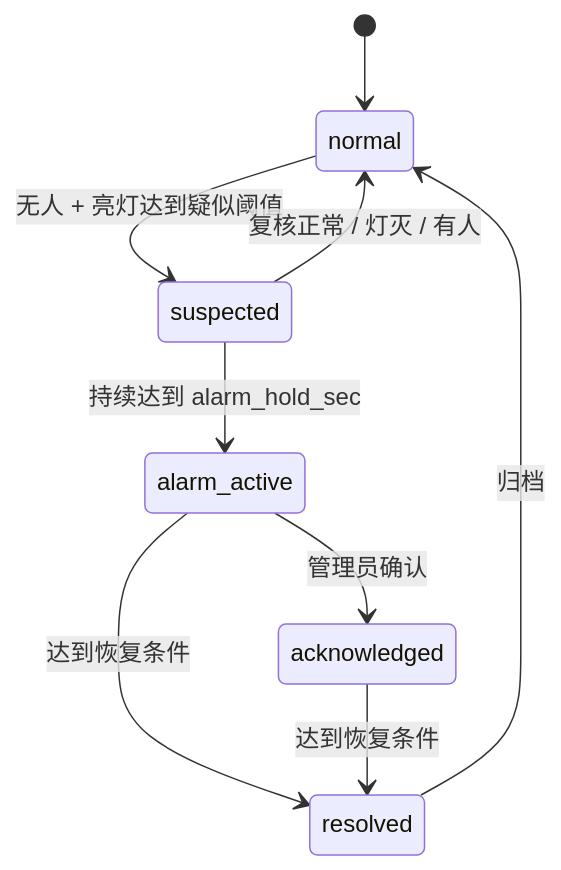
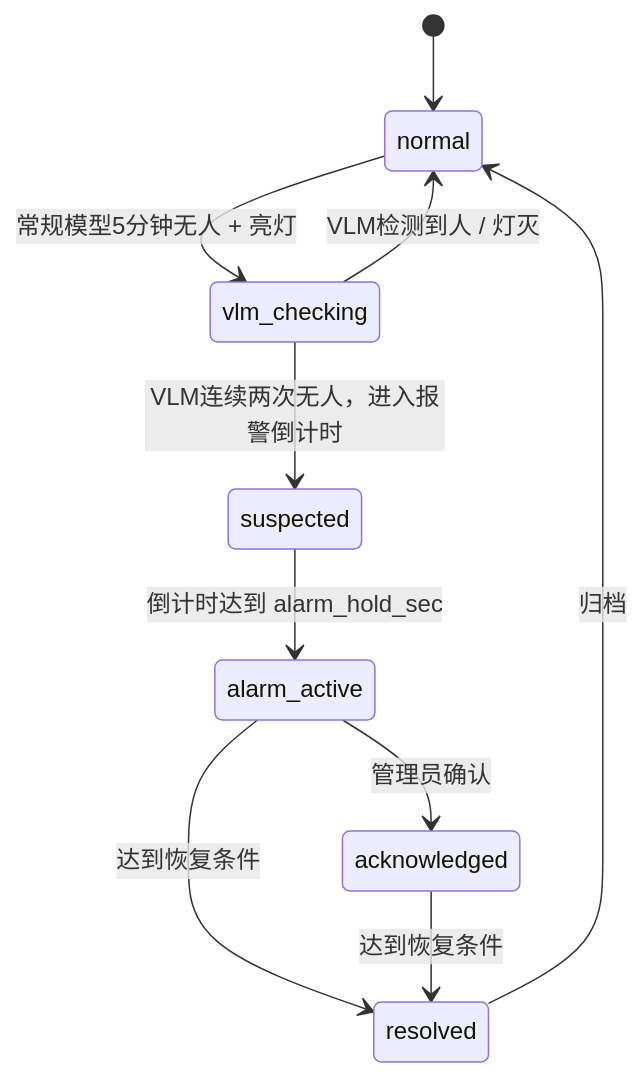
The fourth of 4 diagrams in Document/architecture.md (liuss66/EcoAlert), drawn with Mermaid before and after one commit. The commit also changed other lines of this file and 14 other files, not shown here.

````diff
--- a/Document/architecture.md
+++ b/Document/architecture.md
@@ -189,11 +191,12 @@
 ```mermaid
 stateDiagram-v2
     [*] --> normal
-    normal --> suspected: 无人 + 亮灯达到疑似阈值
-    suspected --> normal: 复核正常 / 灯灭 / 有人
-    suspected --> alarm_active: 持续达到 alarm_hold_sec
-    alarm_active --> acknowledged: 管理员确认
+normal --> vlm_checking: 常规模型5分钟无人 + 亮灯
+vlm_checking --> normal: VLM检测到人 / 灯灭
+vlm_checking --> suspected: VLM连续两次无人，进入报警倒计时
+suspected --> alarm_active: 倒计时达到 alarm_hold_sec
+alarm_active --> acknowledged: 管理员确认
     alarm_active --> resolved: 达到恢复条件
     acknowledged --> resolved: 达到恢复条件
     resolved --> normal: 归档
 ```
````
